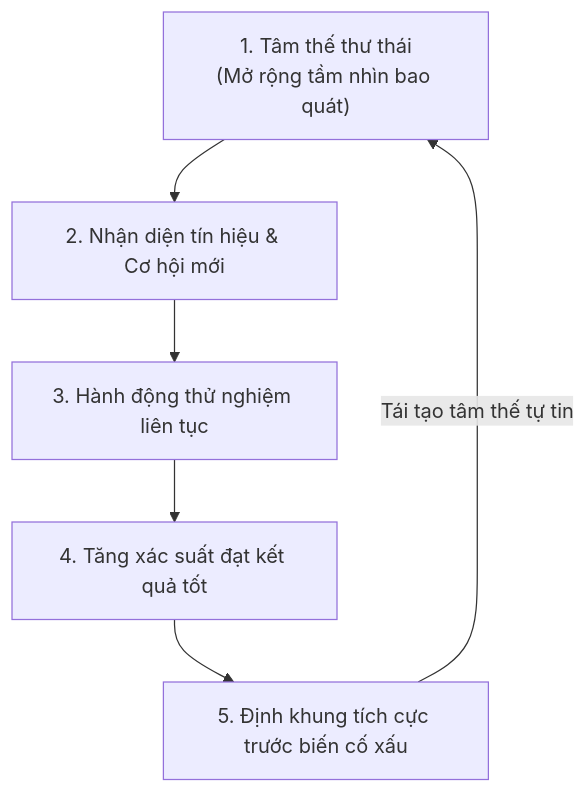
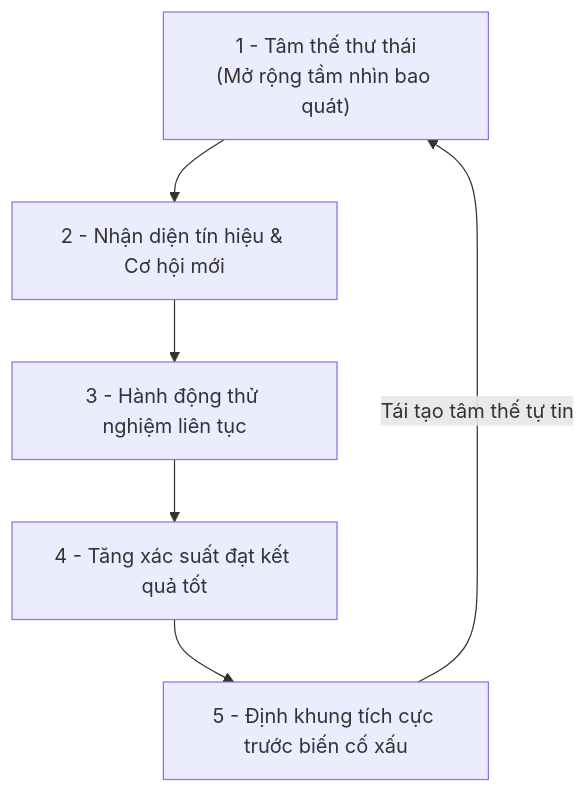
Before and after one commit to justinkaxau/mercury: the second of 2 diagrams in content/May mắn - Lăng kính nhận thức và cơ hội.md, drawn with Mermaid. The commit also changed other lines of this file and 1 other file, not shown here.

Commit message:
fix(content): fix mermaid node list formatting for published notes

````diff
--- a/content/May mắn - Lăng kính nhận thức và cơ hội.md
+++ b/content/May mắn - Lăng kính nhận thức và cơ hội.md
@@ -62,8 +62,8 @@
 ```mermaid
 flowchart TD
-    A["1. Tâm thế thư thái\n(Mở rộng tầm nhìn bao quát)"] --> B["2. Nhận diện tín hiệu & Cơ hội mới"]
-    B --> C["3. Hành động thử nghiệm liên tục"]
-    C --> D["4. Tăng xác suất đạt kết quả tốt"]
-    D --> E["5. Định khung tích cực trước biến cố xấu"]
+    A["1 - Tâm thế thư thái\n(Mở rộng tầm nhìn bao quát)"] --> B["2 - Nhận diện tín hiệu & Cơ hội mới"]
+    B --> C["3 - Hành động thử nghiệm liên tục"]
+    C --> D["4 - Tăng xác suất đạt kết quả tốt"]
+    D --> E["5 - Định khung tích cực trước biến cố xấu"]
     E -- "Tái tạo tâm thế tự tin" --> A
 ```
````
